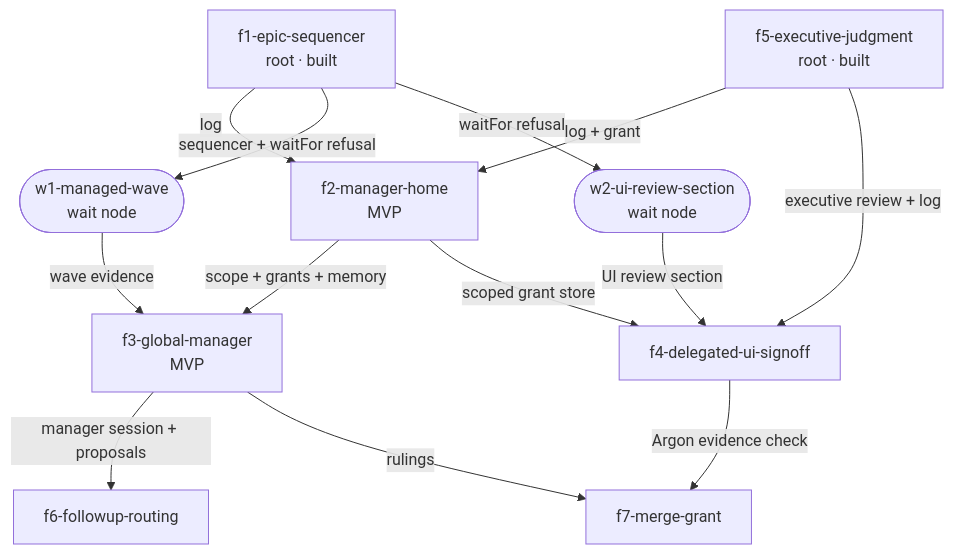
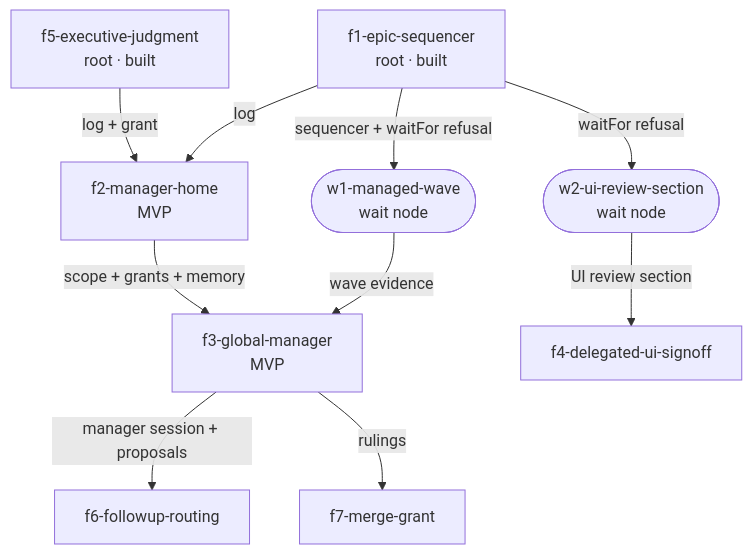
The diagram in .flow/epics/re-design-epic-manager-agent/design.md (gavingolden/flow), drawn with Mermaid before and after one commit. The commit also changed other lines of this file and 22 other files, not shown here.

````diff
--- a/.flow/epics/re-design-epic-manager-agent/design.md
+++ b/.flow/epics/re-design-epic-manager-agent/design.md
@@ -885,24 +932,21 @@
 ```mermaid
 graph TD
   f1[f1-epic-sequencer<br/>root · built]
   f5[f5-executive-judgment<br/>root · built]
   f2[f2-manager-home<br/>MVP]
   w1([w1-managed-wave<br/>wait node])
   f3[f3-global-manager<br/>MVP]
   w2([w2-ui-review-section<br/>wait node])
   f4[f4-delegated-ui-signoff]
   f6[f6-followup-routing]
   f7[f7-merge-grant]
   f1 -->|log| f2
   f5 -->|log + grant| f2
   f1 -->|sequencer + waitFor refusal| w1
   f2 -->|scope + grants + memory| f3
   w1 -->|wave evidence| f3
   f1 -->|waitFor refusal| w2
-  f5 -->|executive review + log| f4
   w2 -->|UI review section| f4
-  f2 -->|scoped grant store| f4
   f3 -->|manager session + proposals| f6
   f3 -->|rulings| f7
-  f4 -->|Argon evidence check| f7
 ```
````
